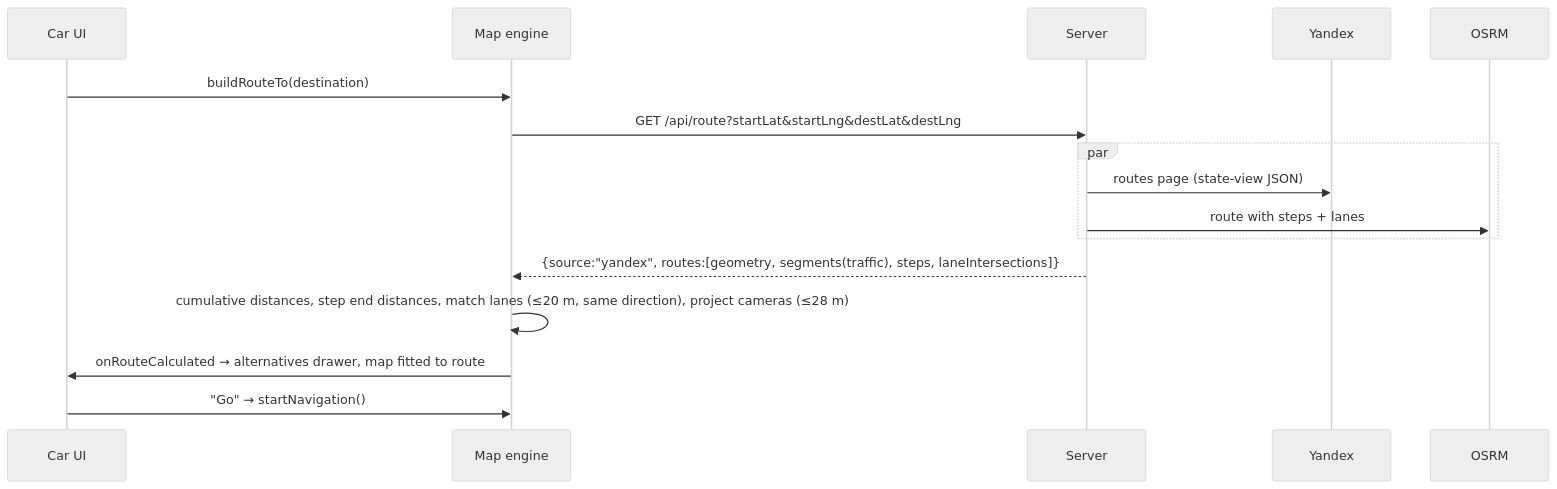
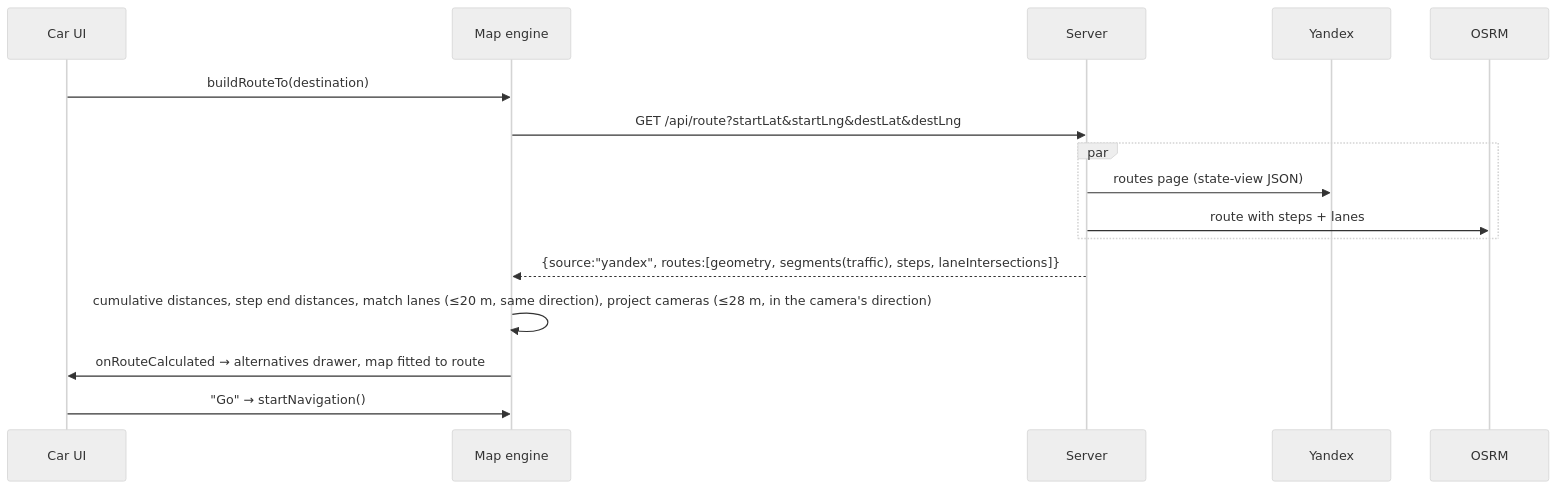
One commit to stepanssmbatyan94/tesla-navi changed the third of 4 diagrams in docs/ARCHITECTURE.md. Above: the diagram before and after it, drawn with Mermaid (neutral theme). The commit also changed other lines of this file and 10 other files, not shown here.

````diff
--- a/docs/ARCHITECTURE.md
+++ b/docs/ARCHITECTURE.md
@@ -126,18 +126,18 @@
 ```mermaid
 sequenceDiagram
   participant UI as Car UI
   participant Eng as Map engine
   participant S as Server
   participant Y as Yandex
   participant O as OSRM
   UI->>Eng: buildRouteTo(destination)
   Eng->>S: GET /api/route?startLat&startLng&destLat&destLng
   par
     S->>Y: routes page (state-view JSON)
     S->>O: route with steps + lanes
   end
   S-->>Eng: {source:"yandex", routes:[geometry, segments(traffic), steps, laneIntersections]}
-  Eng->>Eng: cumulative distances, step end distances, match lanes (≤20 m, same direction), project cameras (≤28 m)
+  Eng->>Eng: cumulative distances, step end distances, match lanes (≤20 m, same direction), project cameras (≤28 m, in the camera's direction)
   Eng->>UI: onRouteCalculated → alternatives drawer, map fitted to route
   UI->>Eng: "Go" → startNavigation()
 ```
````
